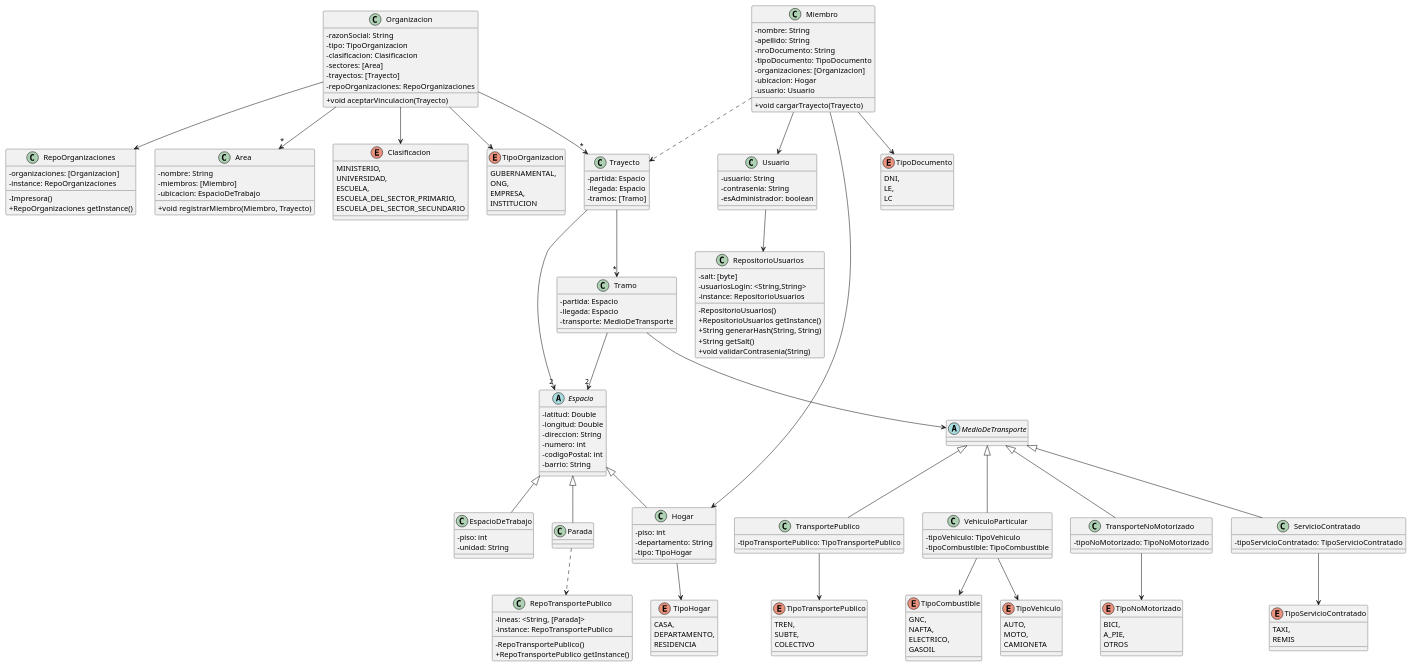
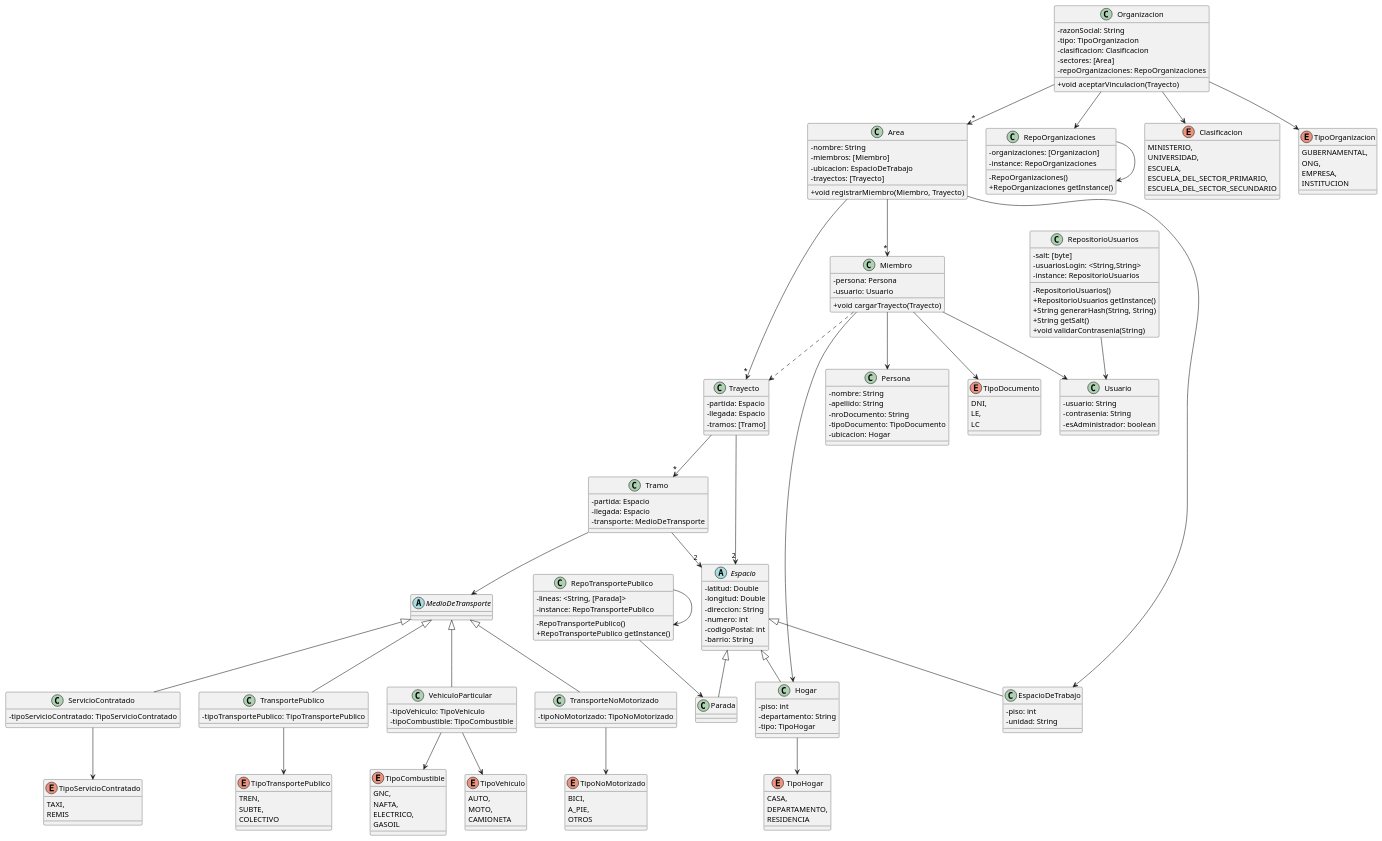
Before and after one commit to IgnacioG2000/TP-DDS: the diagram in src/ModeloDeDominio.puml, drawn with PlantUML.

Commit message:
Modifico un poco el diagrama de dominio

```diff
--- a/src/ModeloDeDominio.puml
+++ b/src/ModeloDeDominio.puml
@@ -1,16 +1,12 @@
 @startuml
 skinparam classAttributeIconSize 0
 
-class Miembro {
+class Persona {
 -nombre: String
 -apellido: String
 -nroDocumento: String
 -tipoDocumento: TipoDocumento
--organizaciones: [Organizacion]
 -ubicacion: Hogar
--usuario: Usuario
-
-+ void cargarTrayecto(Trayecto)
 }
 
 class Organizacion {
@@ -18,17 +14,24 @@
 -tipo: TipoOrganizacion
 -clasificacion: Clasificacion
 -sectores: [Area]
--trayectos: [Trayecto]
 -repoOrganizaciones: RepoOrganizaciones
 
 +void aceptarVinculacion(Trayecto)
+}
+
+class Miembro {
+- persona: Persona
+- usuario: Usuario
+
++ void cargarTrayecto(Trayecto)
+
 }
 
 class RepoOrganizaciones {
 -organizaciones: [Organizacion]
 -instance: RepoOrganizaciones
 
--Impresora()
+-RepoOrganizaciones()
 +RepoOrganizaciones getInstance()
 }
 
@@ -42,6 +45,7 @@
 -nombre: String
 -miembros: [Miembro]
 -ubicacion: EspacioDeTrabajo
+-trayectos: [Trayecto]
 
 +void registrarMiembro(Miembro, Trayecto)
 }
@@ -185,10 +189,15 @@
 Miembro --> Usuario
 Miembro ..> Trayecto
 
+Area --> EspacioDeTrabajo
+Area --> "*" Miembro
+Area --> "*" Trayecto
+
+RepoOrganizaciones --> RepoOrganizaciones
+
 Organizacion --> "*" Area
 Organizacion --> TipoOrganizacion
 Organizacion --> Clasificacion
-Organizacion --> "*" Trayecto
 Organizacion --> RepoOrganizaciones
 
 Trayecto --> "2" Espacio
@@ -208,8 +217,11 @@
 
 TransporteNoMotorizado --> TipoNoMotorizado
 
-Usuario --> RepositorioUsuarios
+RepositorioUsuarios --> Usuario
 
-Parada ..> RepoTransportePublico
+RepoTransportePublico --> Parada
+RepoTransportePublico --> RepoTransportePublico
+
+Miembro --> Persona
 
 @enduml
```
